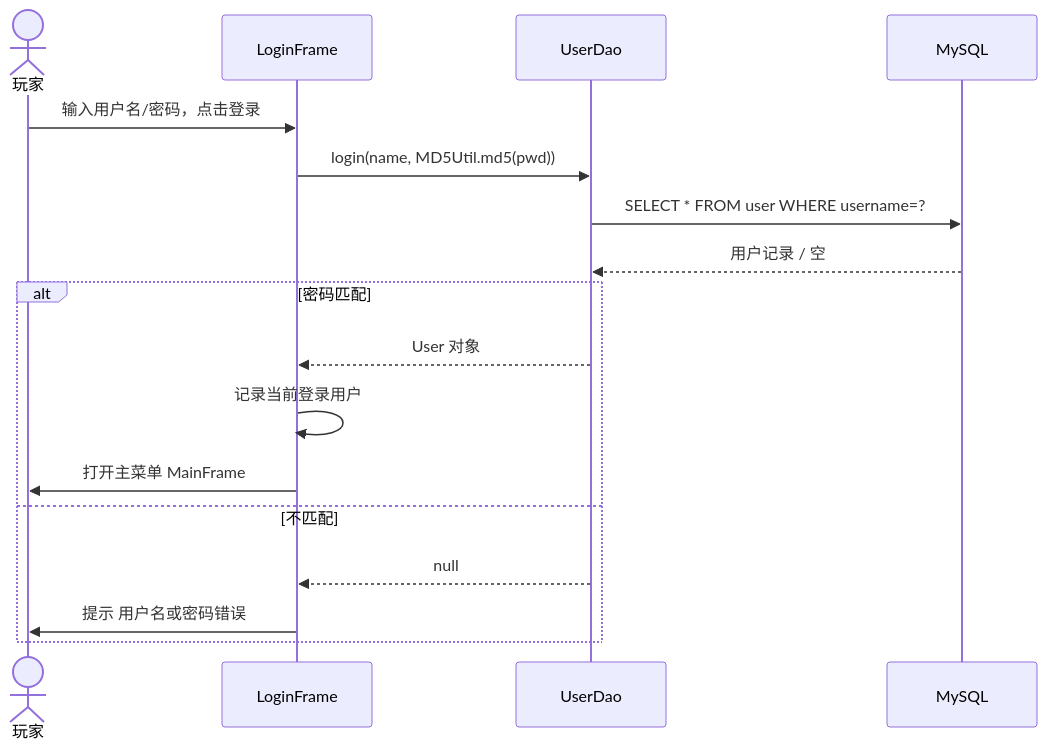
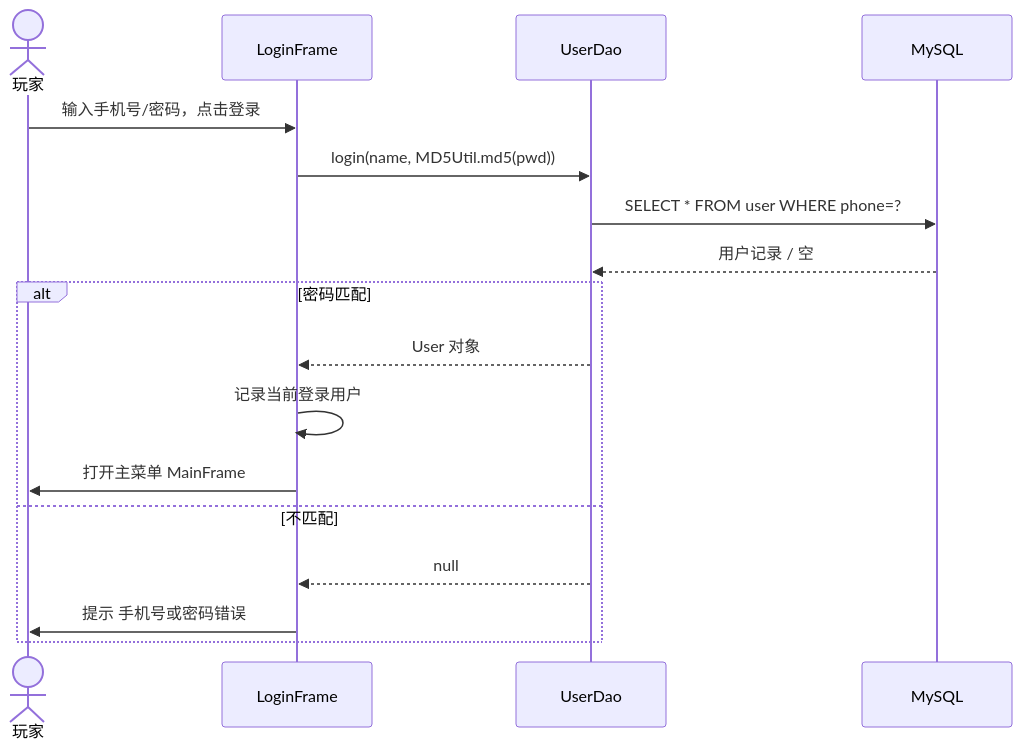
The seventh of 12 diagrams in docs/详细设计说明书.md (learnerCodeZ/javagame-zombie-shooter), drawn with Mermaid before and after one commit. The commit also changed other lines of this file and 19 other files, not shown here.

Commit message:
登录标识改手机号: username→phone(11位数字,注册/登录/忘记密码校验+输入框限11位) + 迁移v1.3 + 文档/复盘同步

````diff
--- a/docs/详细设计说明书.md
+++ b/docs/详细设计说明书.md
@@ -350,19 +350,19 @@
 ```mermaid
 sequenceDiagram
     actor U as 玩家
     participant L as LoginFrame
     participant UD as UserDao
     participant DB as MySQL
-    U->>L: 输入用户名/密码，点击登录
+    U->>L: 输入手机号/密码，点击登录
     L->>UD: login(name, MD5Util.md5(pwd))
-    UD->>DB: SELECT * FROM user WHERE username=?
+    UD->>DB: SELECT * FROM user WHERE phone=?
     DB-->>UD: 用户记录 / 空
     alt 密码匹配
         UD-->>L: User 对象
         L->>L: 记录当前登录用户
         L->>U: 打开主菜单 MainFrame
     else 不匹配
         UD-->>L: null
-        L->>U: 提示 用户名或密码错误
+        L->>U: 提示 手机号或密码错误
     end
 ```
````
